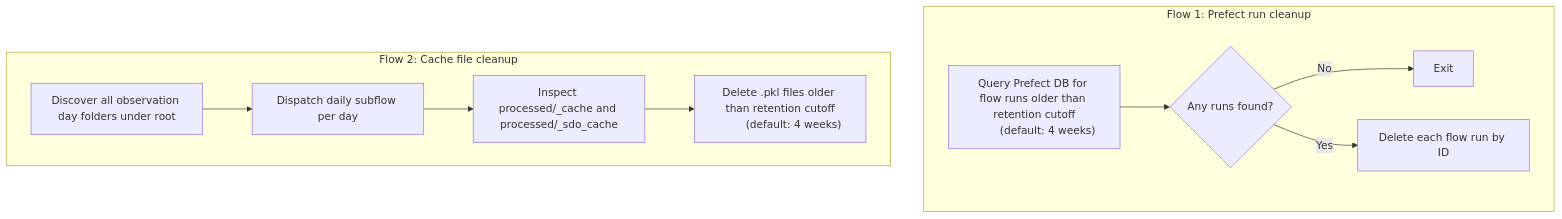
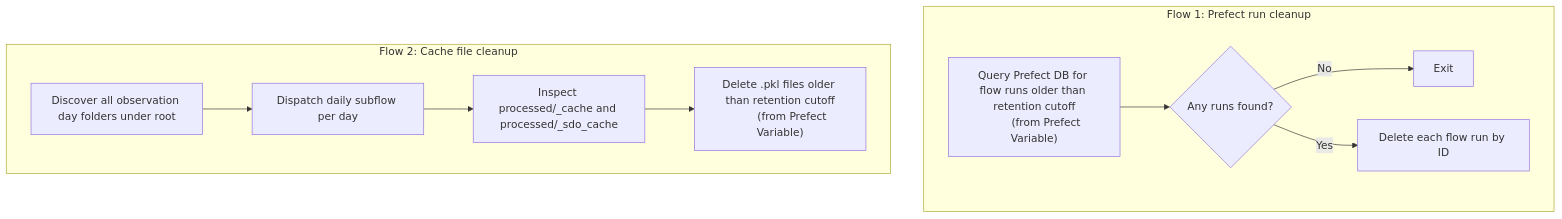
The diagram in documentation/pipeline-maintenance.md (irsol-locarno/irsol-data-pipeline), drawn with Mermaid before and after one commit. The commit also changed other lines of this file and 17 other files, not shown here.

````diff
--- a/documentation/pipeline-maintenance.md
+++ b/documentation/pipeline-maintenance.md
@@ -12,16 +12,16 @@
 ```mermaid
 flowchart TD
     subgraph A["Flow 1: Prefect run cleanup"]
         A1["Query Prefect DB for flow runs older than retention cutoff
-        (default: 4 weeks)"] --> A2{"Any runs found?"}
+        (from Prefect Variable)"] --> A2{"Any runs found?"}
         A2 -->|No| A3["Exit"]
         A2 -->|Yes| A4["Delete each flow run by ID"]
     end
 
     subgraph B["Flow 2: Cache file cleanup"]
         B1["Discover all observation day folders under root"] --> B2["Dispatch daily subflow per day"]
         B2 --> B3["Inspect processed/_cache and processed/_sdo_cache"]
         B3 --> B4["Delete .pkl files older than retention cutoff
-        (default: 4 weeks)"]
+        (from Prefect Variable)"]
     end
 ```
````
